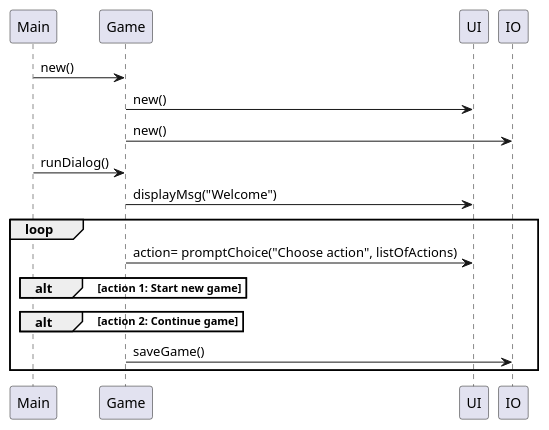
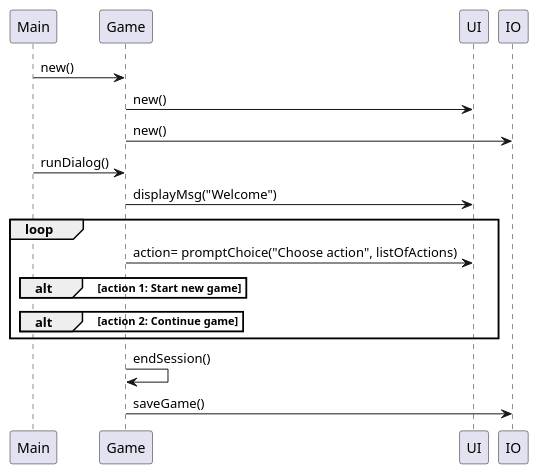
Before and after one commit to Dat1Cphbusiness/MonopolyE24: the diagram in doc/Plan/dynamic/sequence_main_dialog.puml, drawn with PlantUML.

```diff
--- a/doc/Plan/dynamic/sequence_main_dialog.puml
+++ b/doc/Plan/dynamic/sequence_main_dialog.puml
@@ -1,20 +1,21 @@
 @startuml
 'https://plantuml.com/sequence-diagram
 
 Main -> Game: new()
 Game -> UI: new()
 Game -> IO: new()
 Main -> Game: runDialog()
 Game -> UI: displayMsg("Welcome")
 loop
 Game -> UI: action= promptChoice("Choose action", listOfActions)
 alt action 1: Start new game
 
 end
 alt action 2: Continue game
 
 end
+
+end
+Game -> Game: endSession()
 Game -> IO:saveGame()
-end
-
 @enduml
```
